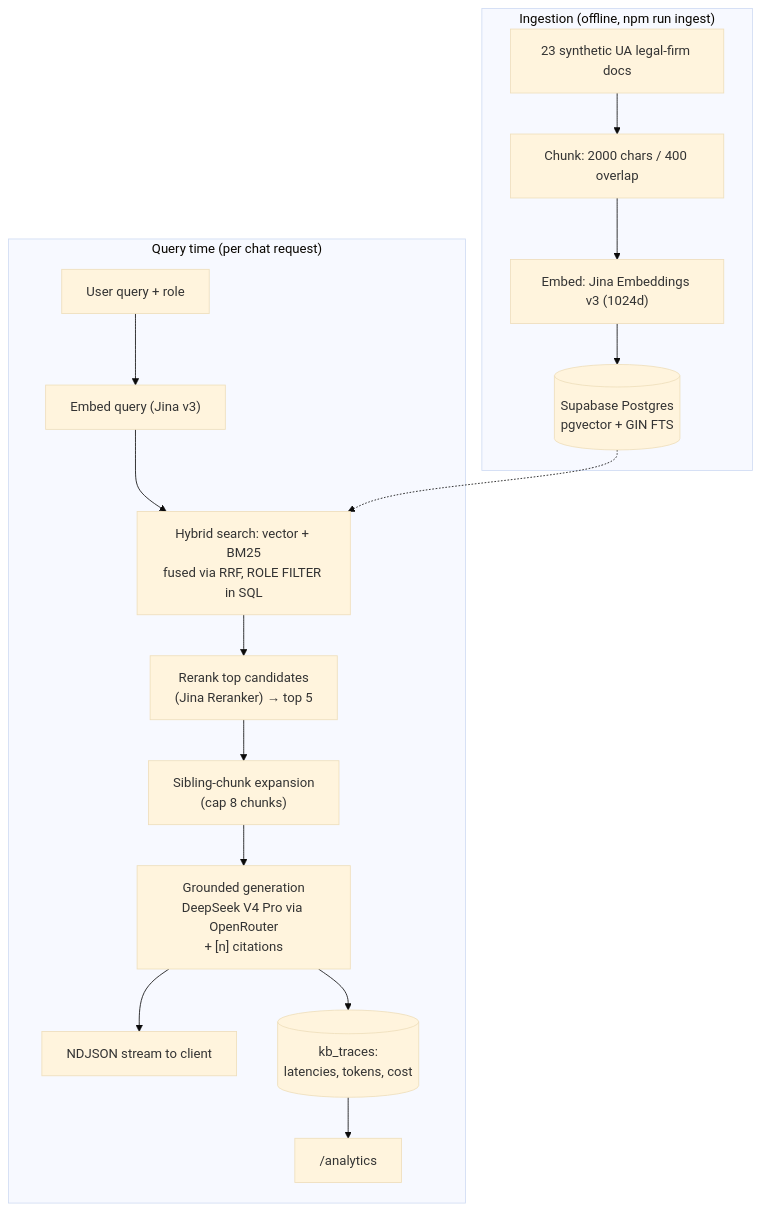
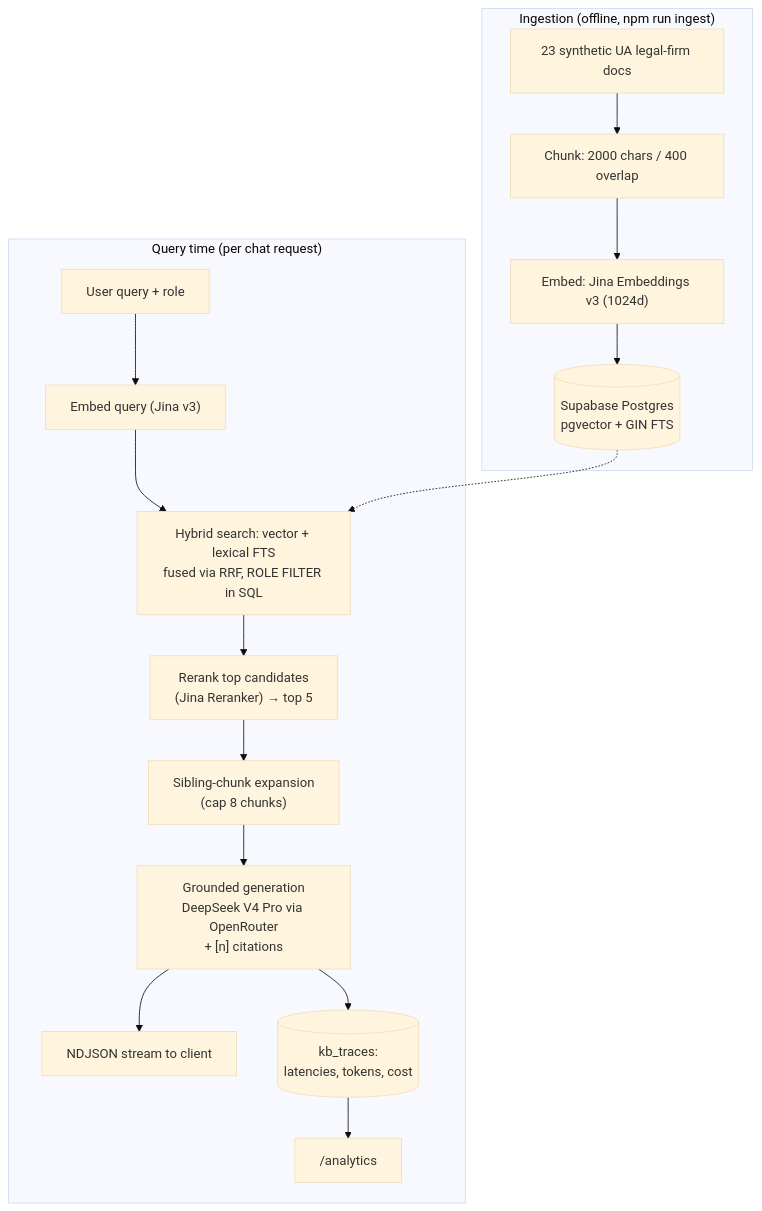
The first of 2 diagrams in README.md (volodeveth/prasolov-ai-kb), drawn with Mermaid (base theme) before and after one commit. The commit also changed other lines of this file and 2 other files, not shown here.

Commit message:
docs: precise FTS ranking terminology

````diff
--- a/README.md
+++ b/README.md
@@ -27,20 +27,20 @@
 ```mermaid
 flowchart TD
     subgraph Ingest["Ingestion (offline, npm run ingest)"]
         A[23 synthetic UA legal-firm docs] --> B["Chunk: 2000 chars / 400 overlap"]
         B --> C["Embed: Jina Embeddings v3 (1024d)"]
         C --> D[(Supabase Postgres<br/>pgvector + GIN FTS)]
     end
 
     subgraph Query["Query time (per chat request)"]
         E[User query + role] --> F["Embed query (Jina v3)"]
-        F --> G["Hybrid search: vector + BM25<br/>fused via RRF, ROLE FILTER in SQL"]
+        F --> G["Hybrid search: vector + lexical FTS<br/>fused via RRF, ROLE FILTER in SQL"]
         D -.-> G
         G --> H["Rerank top candidates<br/>(Jina Reranker) → top 5"]
         H --> I["Sibling-chunk expansion<br/>(cap 8 chunks)"]
         I --> J["Grounded generation<br/>DeepSeek V4 Pro via OpenRouter<br/>+ [n] citations"]
         J --> K["NDJSON stream to client"]
         J --> L[(kb_traces:<br/>latencies, tokens, cost)]
         L --> M["/analytics"]
     end
 ```
````
